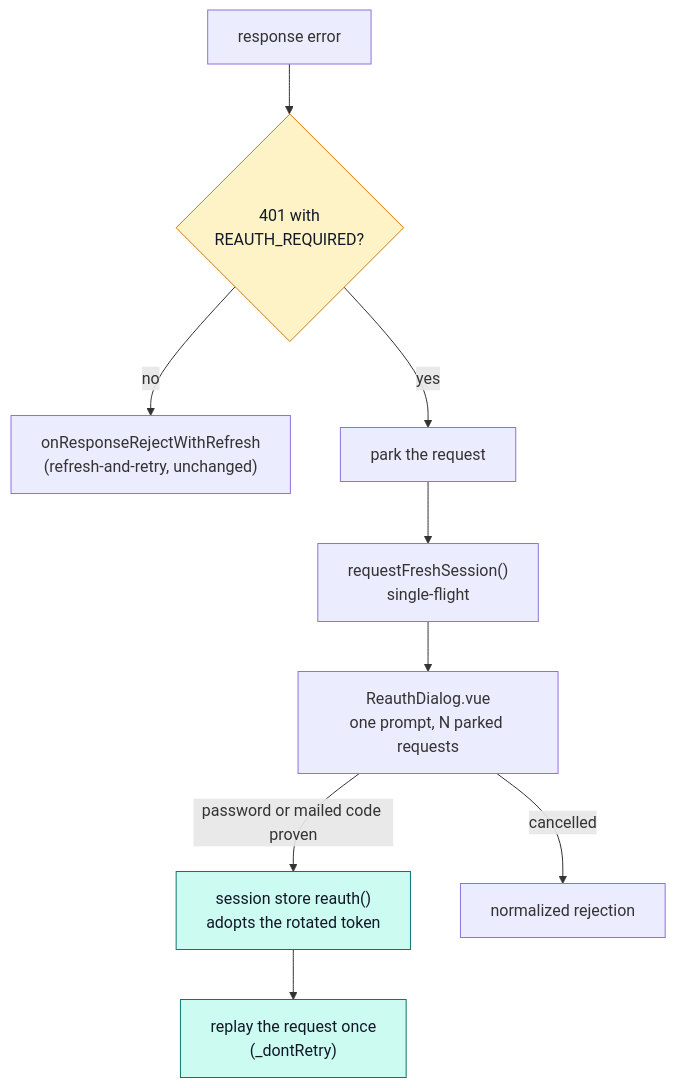
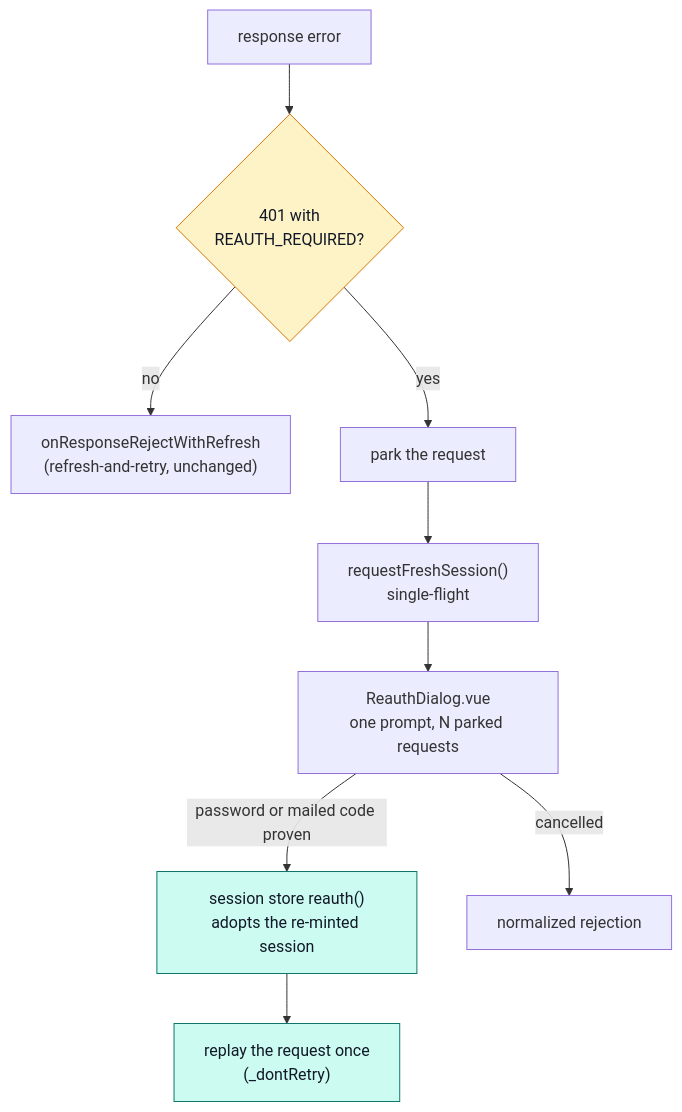
The third of 3 diagrams in docs/modules/account.md (Guebbit/boilerplate-vue-frontend), drawn with Mermaid before and after one commit. The commit also changed other lines of this file and 38 other files, not shown here.

````diff
--- a/docs/modules/account.md
+++ b/docs/modules/account.md
@@ -323,16 +324,16 @@
 ```mermaid
 flowchart TD
     R["response error"] --> S{"401 with<br/>REAUTH_REQUIRED?"}
     S -->|no| REF["onResponseRejectWithRefresh<br/>(refresh-and-retry, unchanged)"]
     S -->|yes| P["park the request"]
     P --> SF["requestFreshSession()<br/>single-flight"]
     SF --> D["ReauthDialog.vue<br/>one prompt, N parked requests"]
-    D -->|password or mailed code proven| RA["session store reauth()<br/>adopts the rotated token"]
+    D -->|password or mailed code proven| RA["session store reauth()<br/>adopts the re-minted session"]
     RA --> RP["replay the request once<br/>(_dontRetry)"]
     D -->|cancelled| REJ["normalized rejection"]
 
     classDef gate fill:#fef3c7,stroke:#d97706,color:#111827;
     classDef ok fill:#ccfbf1,stroke:#0f766e,color:#111827;
     class S gate;
     class RP,RA ok;
 ```
````
